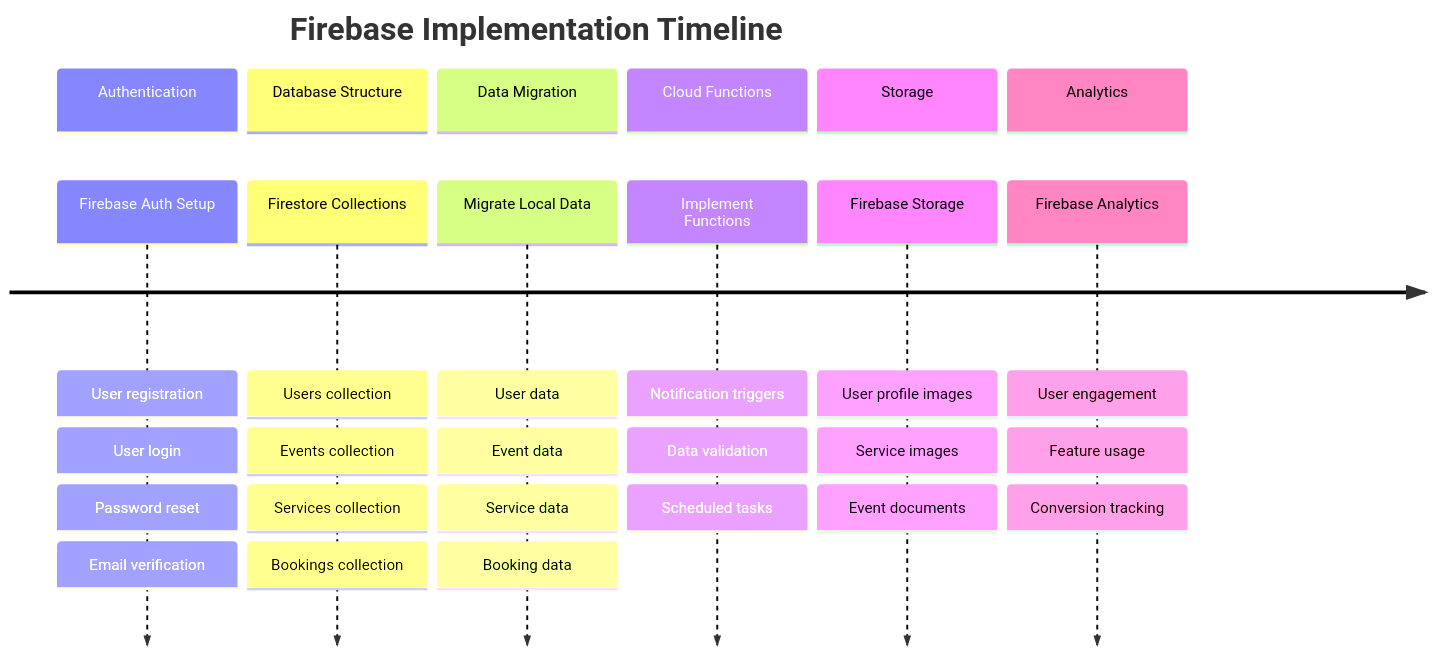
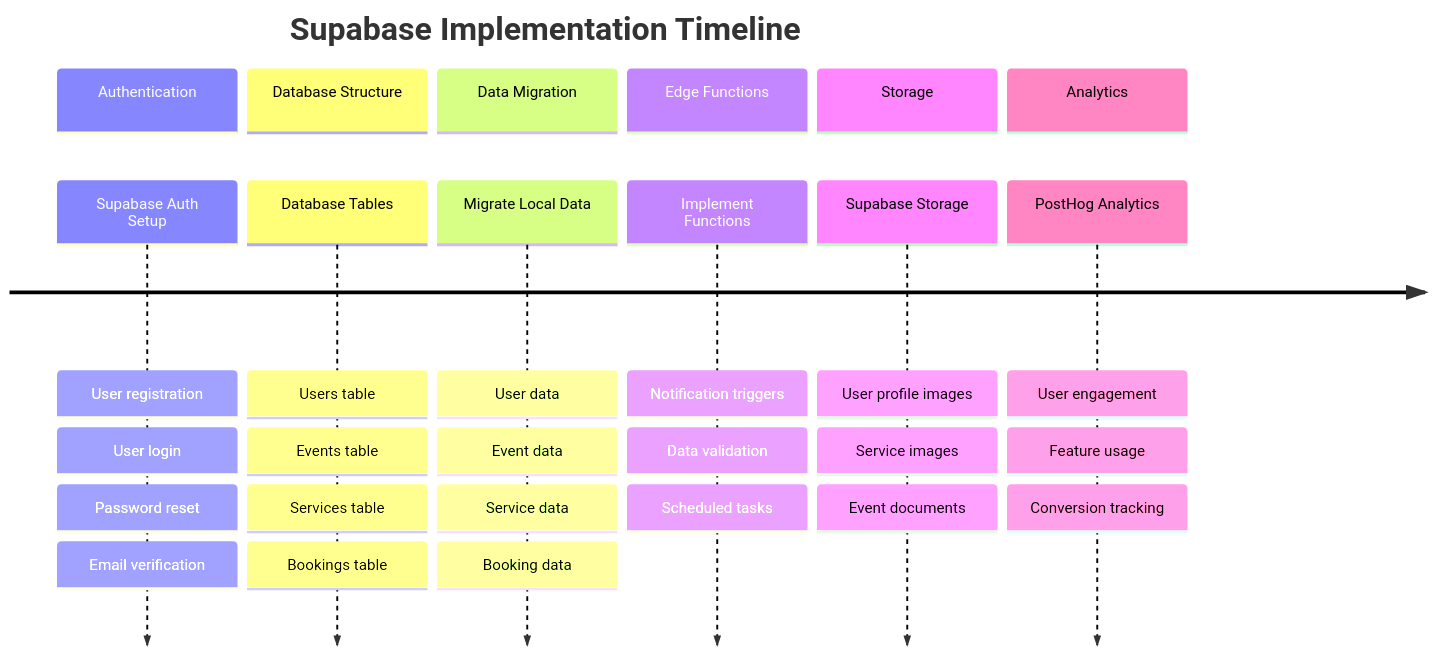
One commit to ReemNeama/eventati_book changed the seventh of 8 diagrams in docs/mermaid_diagrams/app_architecture.md. Above: the diagram before and after it, drawn with Mermaid. The commit also changed other lines of this file and 97 other files, not shown here.

````diff
--- a/docs/mermaid_diagrams/app_architecture.md
+++ b/docs/mermaid_diagrams/app_architecture.md
@@ -354,37 +354,37 @@
 ```mermaid
 timeline
-    title Firebase Implementation Timeline
-    
+    title Supabase Implementation Timeline
+
     section Authentication
-      Firebase Auth Setup : User registration
+      Supabase Auth Setup : User registration
       : User login
       : Password reset
       : Email verification
-    
+
     section Database Structure
-      Firestore Collections : Users collection
-      : Events collection
-      : Services collection
-      : Bookings collection
-    
+      Database Tables : Users table
+      : Events table
+      : Services table
+      : Bookings table
+
     section Data Migration
       Migrate Local Data : User data
       : Event data
       : Service data
       : Booking data
-    
-    section Cloud Functions
+
+    section Edge Functions
       Implement Functions : Notification triggers
       : Data validation
       : Scheduled tasks
-    
+
     section Storage
-      Firebase Storage : User profile images
+      Supabase Storage : User profile images
       : Service images
       : Event documents
-    
+
     section Analytics
-      Firebase Analytics : User engagement
+      PostHog Analytics : User engagement
       : Feature usage
       : Conversion tracking
 ```
````
